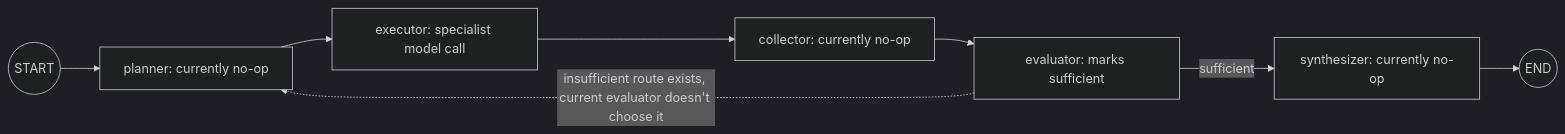
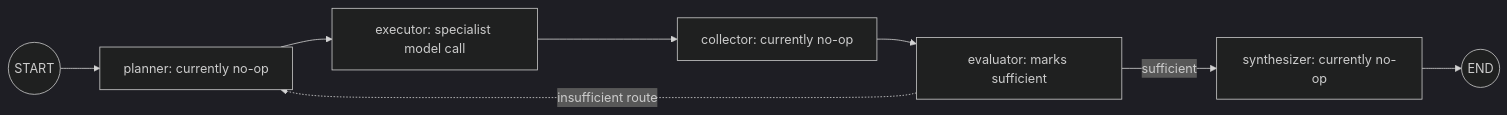
The sixth of 6 diagrams in docs/book/04-graphs-and-state.md (chamanthmvs/AstroWeave), drawn with Mermaid (dark theme) before and after one commit. The commit also changed other lines of this file and 10 other files, not shown here.

````diff
--- a/docs/book/04-graphs-and-state.md
+++ b/docs/book/04-graphs-and-state.md
@@ -204,10 +204,10 @@
 ```mermaid
 flowchart LR
-    START((START)) --> P[planner: currently no-op]
-    P --> X[executor: specialist model call]
-    X --> C[collector: currently no-op]
-    C --> E[evaluator: marks sufficient]
-    E -->|sufficient| S[synthesizer: currently no-op]
-    E -. insufficient route exists, current evaluator doesn't choose it .-> P
+    START((START)) --> P["planner: currently no-op"]
+    P --> X["executor: specialist model call"]
+    X --> C["collector: currently no-op"]
+    C --> E["evaluator: marks sufficient"]
+    E -->|sufficient| S["synthesizer: currently no-op"]
+    E -. insufficient route .-> P
     S --> END((END))
 ```
````
